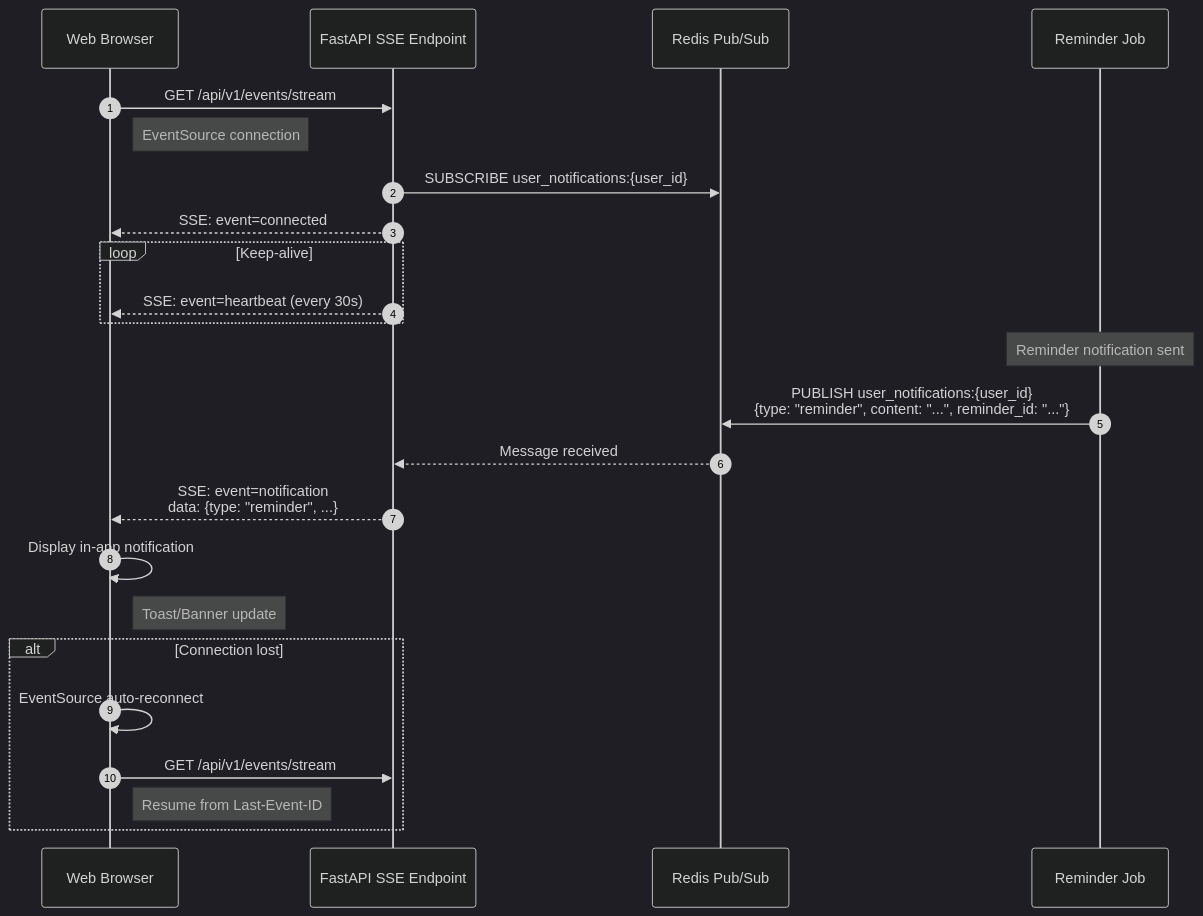
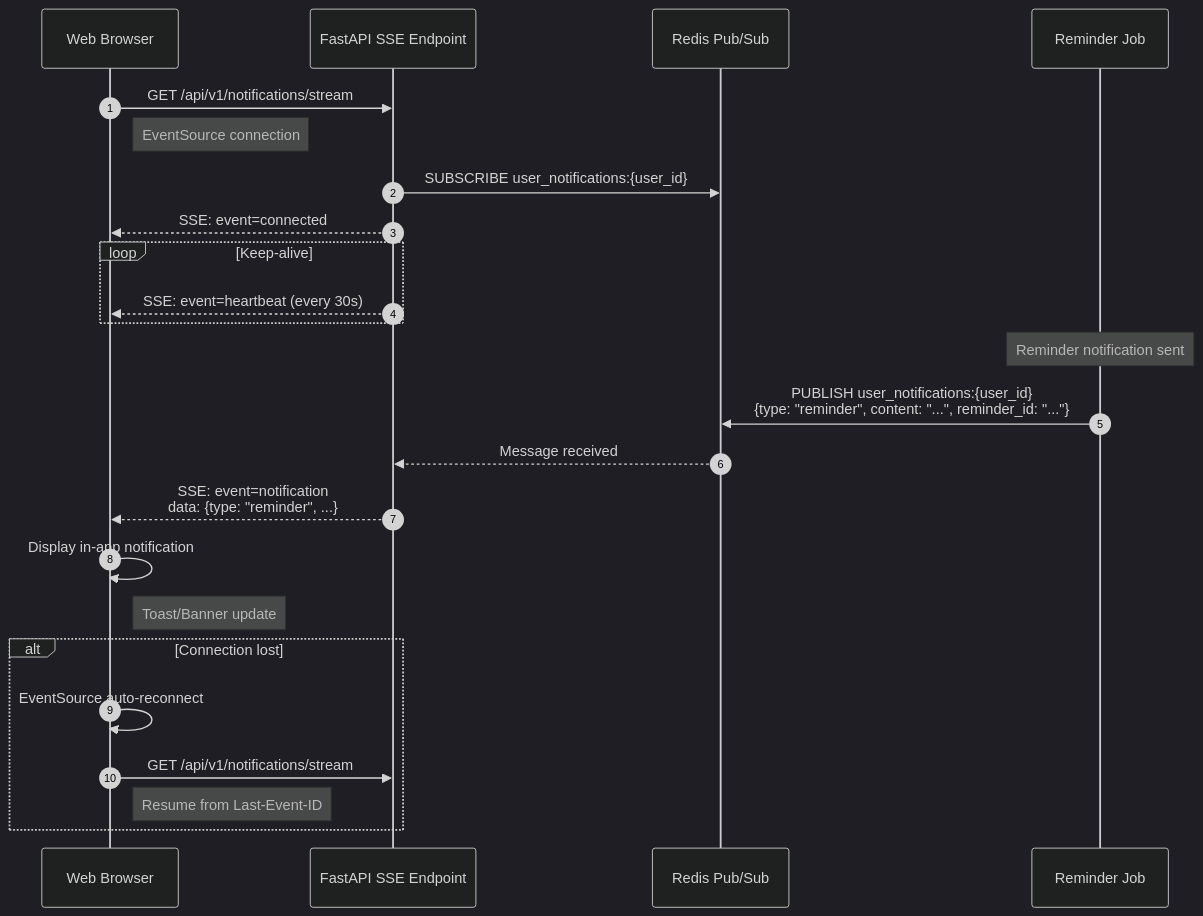
The sixth of 8 diagrams in docs/technical/NOTIFICATIONS_FLOW.md (jgouviergmail/LIA-Assistant), drawn with Mermaid (dark theme) before and after one commit. The commit also changed other lines of this file and 90 other files, not shown here.

````diff
--- a/docs/technical/NOTIFICATIONS_FLOW.md
+++ b/docs/technical/NOTIFICATIONS_FLOW.md
@@ -390,36 +406,36 @@
 ```mermaid
 sequenceDiagram
     autonumber
     participant WEB as Web Browser
     participant API as FastAPI SSE Endpoint
     participant REDIS as Redis Pub/Sub
     participant JOB as Reminder Job
 
-    WEB->>API: GET /api/v1/events/stream
+    WEB->>API: GET /api/v1/notifications/stream
     Note right of WEB: EventSource connection
 
     API->>REDIS: SUBSCRIBE user_notifications:{user_id}
 
     API-->>WEB: SSE: event=connected
 
     loop Keep-alive
         API-->>WEB: SSE: event=heartbeat (every 30s)
     end
 
     Note over JOB: Reminder notification sent
 
     JOB->>REDIS: PUBLISH user_notifications:{user_id}<br/>{type: "reminder", content: "...", reminder_id: "..."}
 
     REDIS-->>API: Message received
 
     API-->>WEB: SSE: event=notification<br/>data: {type: "reminder", ...}
 
     WEB->>WEB: Display in-app notification
     Note right of WEB: Toast/Banner update
 
     alt Connection lost
         WEB->>WEB: EventSource auto-reconnect
-        WEB->>API: GET /api/v1/events/stream
+        WEB->>API: GET /api/v1/notifications/stream
         Note right of WEB: Resume from Last-Event-ID
     end
 ```
````
